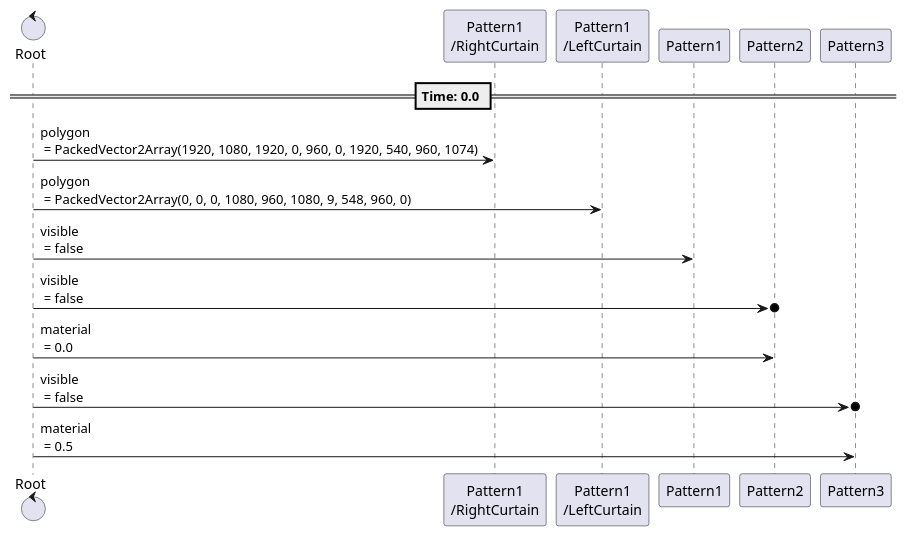
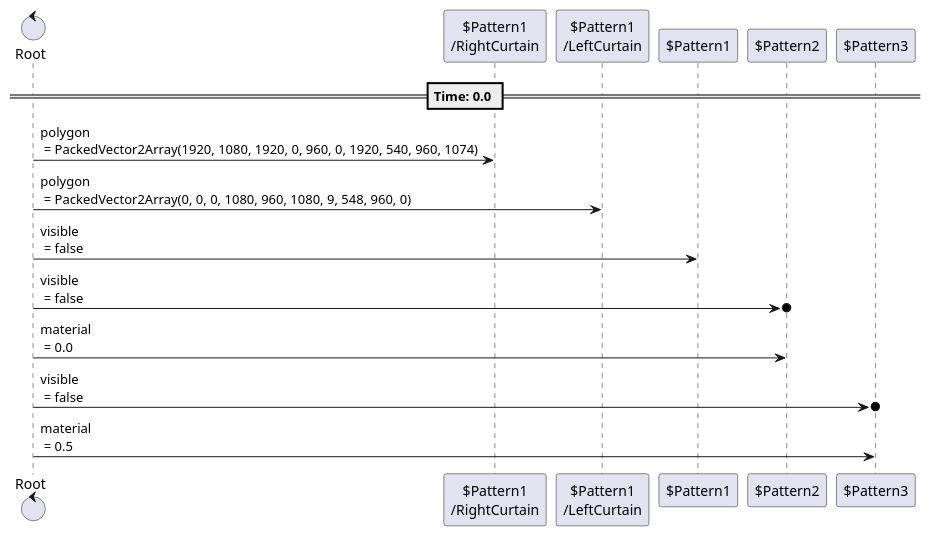
One commit to tkmfujise/Platformer-Game-Learning changed the second of 5 diagrams in content/scenes/src/curtain/closing/closing.tscn.adoc. Above: the diagram before and after it, drawn with PlantUML. The commit also changed other lines of this file and 31 other files, not shown here.

Commit message:
Add prefix $ to node name in animation sequences

```diff
--- a/content/scenes/src/curtain/closing/closing.tscn.adoc
+++ b/content/scenes/src/curtain/closing/closing.tscn.adoc
@@ -63,22 +63,22 @@
 [plantuml]
 ....
-control "Root" as Root
-participant "Pattern1\n/RightCurtain" as T0
-participant "Pattern1\n/LeftCurtain" as T1
-participant "Pattern1" as T2
-participant "Pattern2" as T3
-participant "Pattern3" as T5
+control "Root" as R
+participant "$Pattern1\n/RightCurtain" as T0
+participant "$Pattern1\n/LeftCurtain" as T1
+participant "$Pattern1" as T2
+participant "$Pattern2" as T3
+participant "$Pattern3" as T5
 
 
 
 == Time: 0.0 ==
-Root  ->  T0 : polygon\n = PackedVector2Array(1920, 1080, 1920, 0, 960, 0, 1920, 540, 960, 1074)
-Root  ->  T1 : polygon\n = PackedVector2Array(0, 0, 0, 1080, 960, 1080, 9, 548, 960, 0)
-Root  ->  T2 : visible\n = false
-Root  ->o  T3 : visible\n = false
-Root  ->  T3 : material\n = 0.0
-Root  ->o  T5 : visible\n = false
-Root  ->  T5 : material\n = 0.5
+R  ->  T0 : polygon\n = PackedVector2Array(1920, 1080, 1920, 0, 960, 0, 1920, 540, 960, 1074)
+R  ->  T1 : polygon\n = PackedVector2Array(0, 0, 0, 1080, 960, 1080, 9, 548, 960, 0)
+R  ->  T2 : visible\n = false
+R  ->o  T3 : visible\n = false
+R  ->  T3 : material\n = 0.0
+R  ->o  T5 : visible\n = false
+R  ->  T5 : material\n = 0.5
 
 
 ....
```
